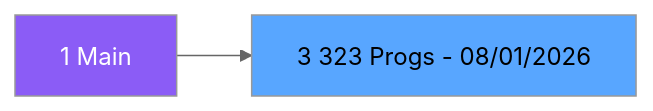
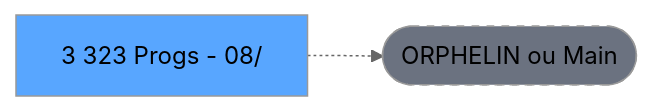
Before and after one commit to thonyAGP/lecteur-magic: the second of 3 diagrams in .openspec/specs/ADH-IDE-3.md, drawn with Mermaid (neutral theme). The commit also changed other lines of this file and 701 other files, not shown here.

````diff
--- a/.openspec/specs/ADH-IDE-3.md
+++ b/.openspec/specs/ADH-IDE-3.md
@@ -105,8 +117,8 @@
 ```mermaid
 graph LR
-    M[1 Main]
-    T[3 323 Progs - 08/01/2026]
-    M --> T
-    style M fill:#8b5cf6,color:#fff
+    T[3 323 Progs - 08/]
+    ORPHAN([ORPHELIN ou Main])
+    T -.-> ORPHAN
     style T fill:#58a6ff,color:#000
+    style ORPHAN fill:#6b7280,stroke-dasharray: 5 5
 ```
````
